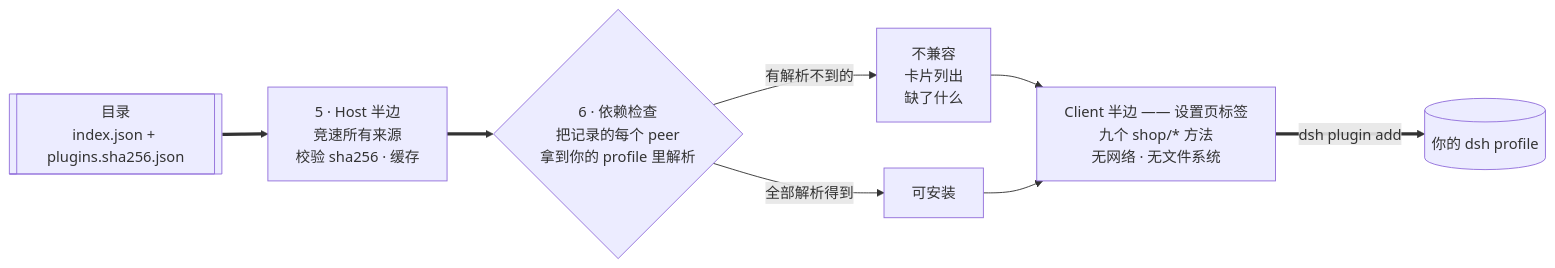
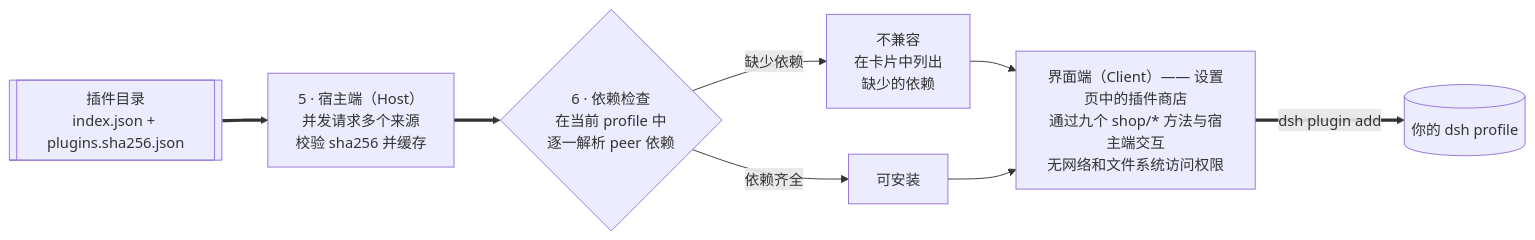
One commit to LivXue/dsh-plugin-shop changed the second of 2 diagrams in README.zh.md. Above: the diagram before and after it, drawn with Mermaid. The commit also changed other lines of this file, not shown here.

````diff
--- a/README.zh.md
+++ b/README.zh.md
@@ -141,11 +143,11 @@
 ```mermaid
 flowchart LR
-  CAT[["目录<br/>index.json + plugins.sha256.json"]]
-  CAT ==> HOST["5 · Host 半边<br/>竞速所有来源<br/>校验 sha256 · 缓存"]
-  HOST ==> DEP{"6 · 依赖检查<br/>把记录的每个 peer<br/>拿到你的 profile 里解析"}
-  DEP -->|"有解析不到的"| BAD["不兼容<br/>卡片列出<br/>缺了什么"]
-  DEP -->|"全部解析得到"| GOOD["可安装"]
-  BAD --> CLIENT["Client 半边 —— 设置页标签<br/>九个 shop/* 方法<br/>无网络 · 无文件系统"]
+  CAT[["插件目录<br/>index.json + plugins.sha256.json"]]
+  CAT ==> HOST["5 · 宿主端（Host）<br/>并发请求多个来源<br/>校验 sha256 并缓存"]
+  HOST ==> DEP{"6 · 依赖检查<br/>在当前 profile 中<br/>逐一解析 peer 依赖"}
+  DEP -->|"缺少依赖"| BAD["不兼容<br/>在卡片中列出<br/>缺少的依赖"]
+  DEP -->|"依赖齐全"| GOOD["可安装"]
+  BAD --> CLIENT["界面端（Client）—— 设置页中的插件商店<br/>通过九个 shop/* 方法与宿主端交互<br/>无网络和文件系统访问权限"]
   GOOD --> CLIENT
   CLIENT ==>|"dsh plugin add"| PROF[("你的 dsh profile")]
 ```
````
